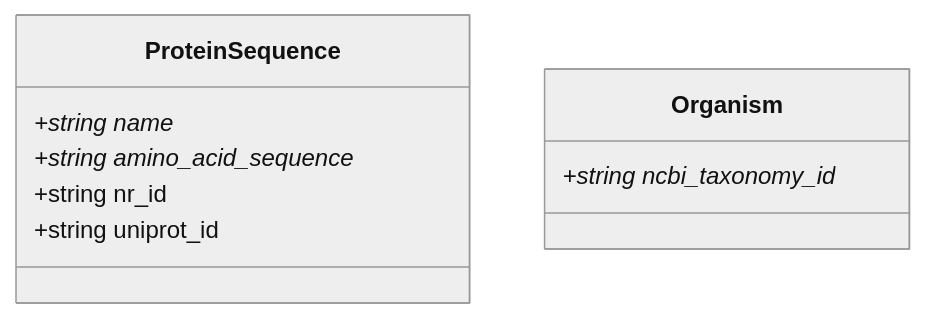
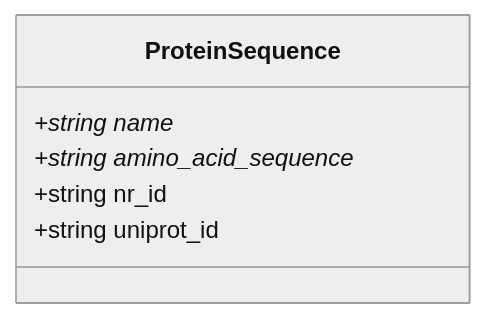
The diagram in test/schemes/PyEED Data Model.md (PyEED/pyeed), drawn with Mermaid (neutral theme) before and after one commit. The commit also changed 3 other files, not shown here.

````diff
--- a/test/schemes/PyEED Data Model.md
+++ b/test/schemes/PyEED Data Model.md
@@ -1,15 +1,11 @@
 ```mermaid
 classDiagram
     
     class ProteinSequence {
         +string name*
         +string amino_acid_sequence*
         +string nr_id
         +string uniprot_id
     }
     
-    class Organism {
-        +string ncbi_taxonomy_id*
-    }
-    
 ```
````
